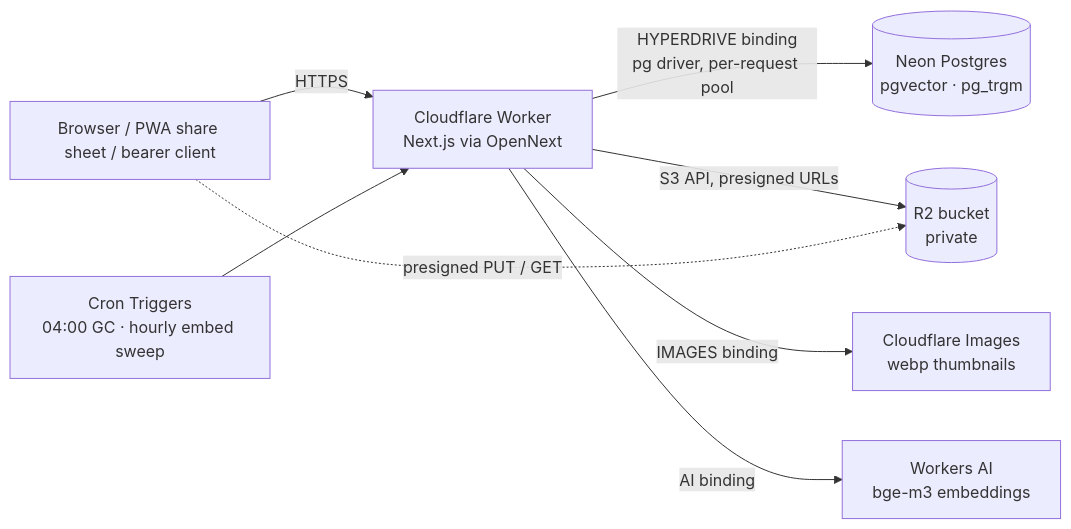
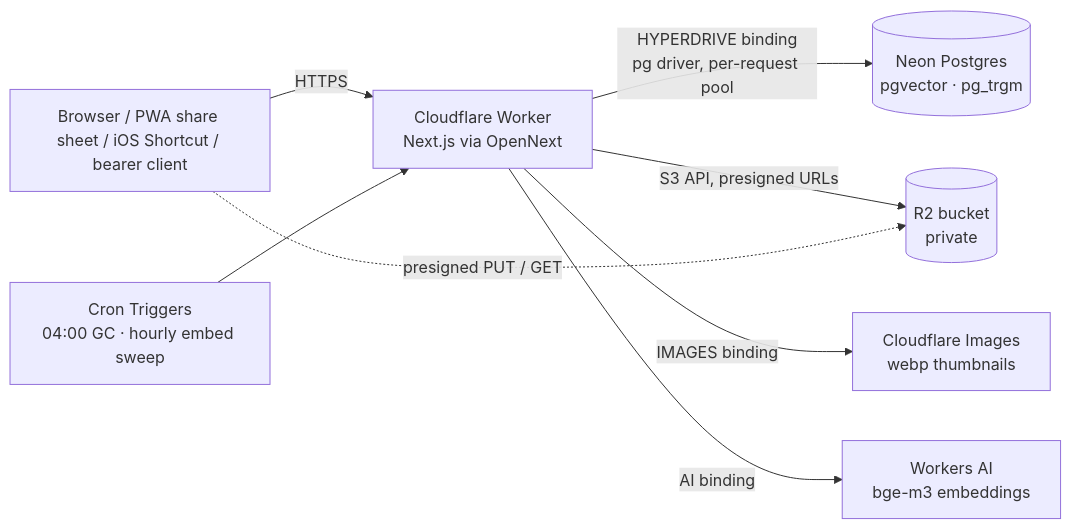
One commit to J-Krush/Second-Brain changed the diagram in docs/architecture.md. Above: the diagram before and after it, drawn with Mermaid. The commit also changed other lines of this file and 35 other files, not shown here.

First line of the commit message:
iPhone share-sheet capture (Shortcut + create-only token) (re-land #9) (#12)

````diff
--- a/docs/architecture.md
+++ b/docs/architecture.md
@@ -5,10 +5,10 @@
 ```mermaid
 flowchart LR
-  B[Browser / PWA share sheet / bearer client] -->|HTTPS| W[Cloudflare Worker<br/>Next.js via OpenNext]
+  B[Browser / PWA share sheet / iOS Shortcut / bearer client] -->|HTTPS| W[Cloudflare Worker<br/>Next.js via OpenNext]
   W -->|HYPERDRIVE binding<br/>pg driver, per-request pool| N[(Neon Postgres<br/>pgvector · pg_trgm)]
   W -->|S3 API, presigned URLs| R2[(R2 bucket<br/>private)]
   W -->|IMAGES binding| IMG[Cloudflare Images<br/>webp thumbnails]
   W -->|AI binding| AI[Workers AI<br/>bge-m3 embeddings]
   CRON[Cron Triggers<br/>04:00 GC · hourly embed sweep] --> W
   B -. presigned PUT / GET .-> R2
 ```
````
